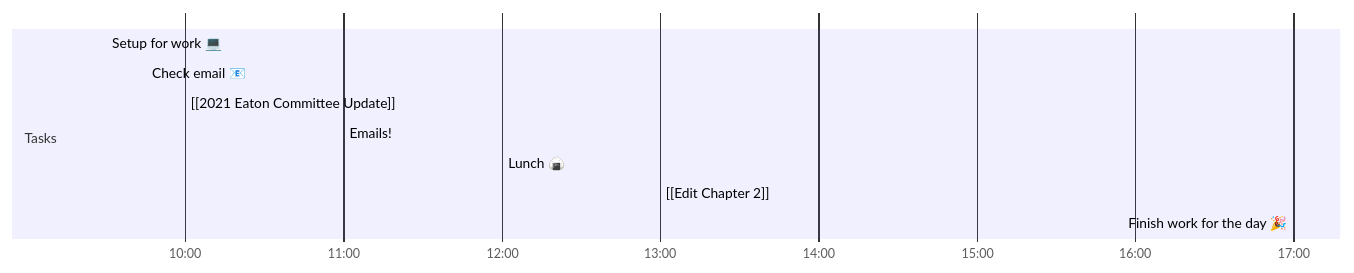
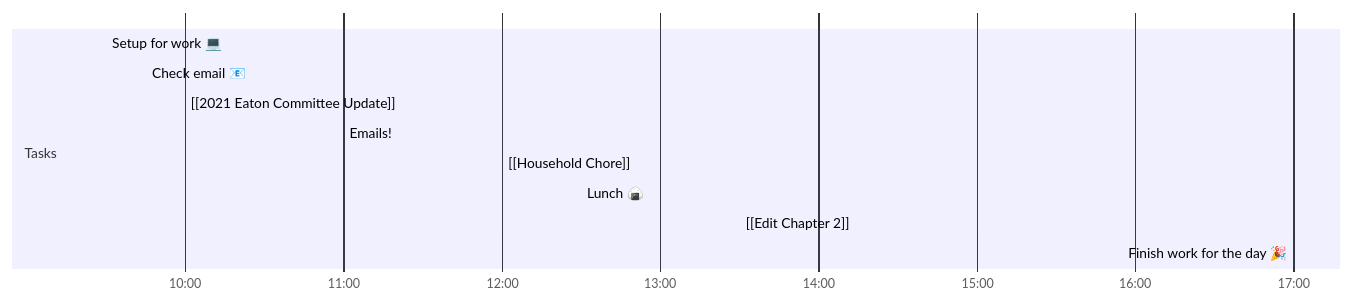
The diagram in academic/2021-08-11.md (ktmeaton/obsidian-public), drawn with Mermaid before and after one commit. The commit also changed other lines of this file and 22 other files, not shown here.

````diff
--- a/academic/2021-08-11.md
+++ b/academic/2021-08-11.md
@@ -14,16 +14,17 @@
 ```mermaid
 gantt
     dateFormat  HH-mm
     axisFormat %H:%M
-    %% Current Time: 12:33:41 PM
+    %% Current Time: 9:34:48 PM
     section Tasks
     Setup for work 💻     :09-30, 15mm
     Check email 📧     :09-45, 15mm
     [[2021 Eaton Committee Update]]     :10-00, 60mm
     Emails!     :11-00, 60mm
-    Lunch 🍙     :12-00, 60mm
-    [[Edit Chapter 2]]     :13-00, 240mm
+    [[Household Chore]]     :12-00, 30mm
+    Lunch 🍙     :12-30, 60mm
+    [[Edit Chapter 2]]     :13-30, 210mm
     Finish work for the day 🎉     :17-00, 0mm
     section Breaks
 
 ```
````
